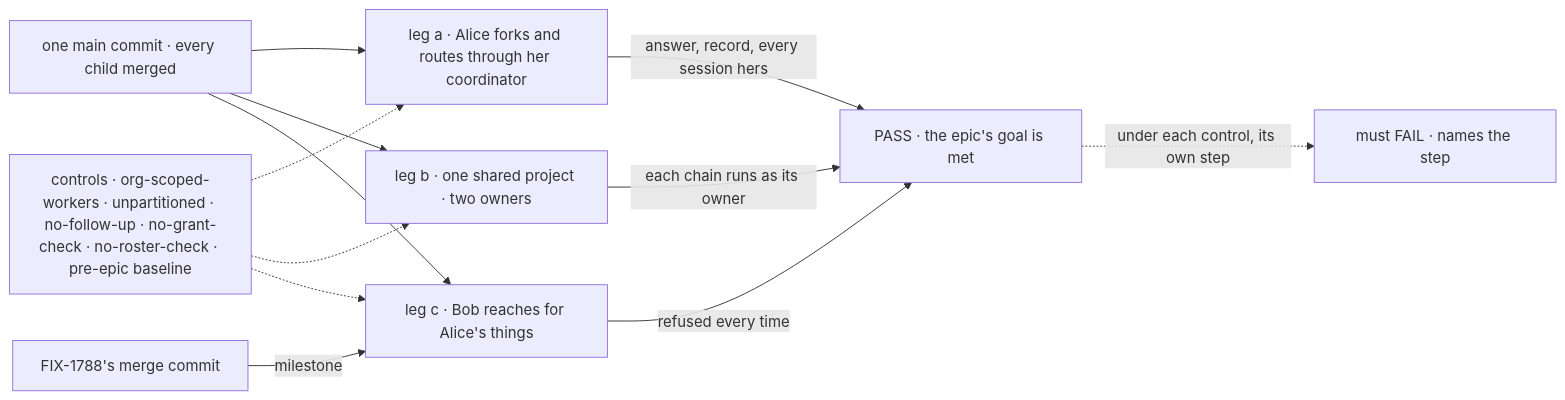
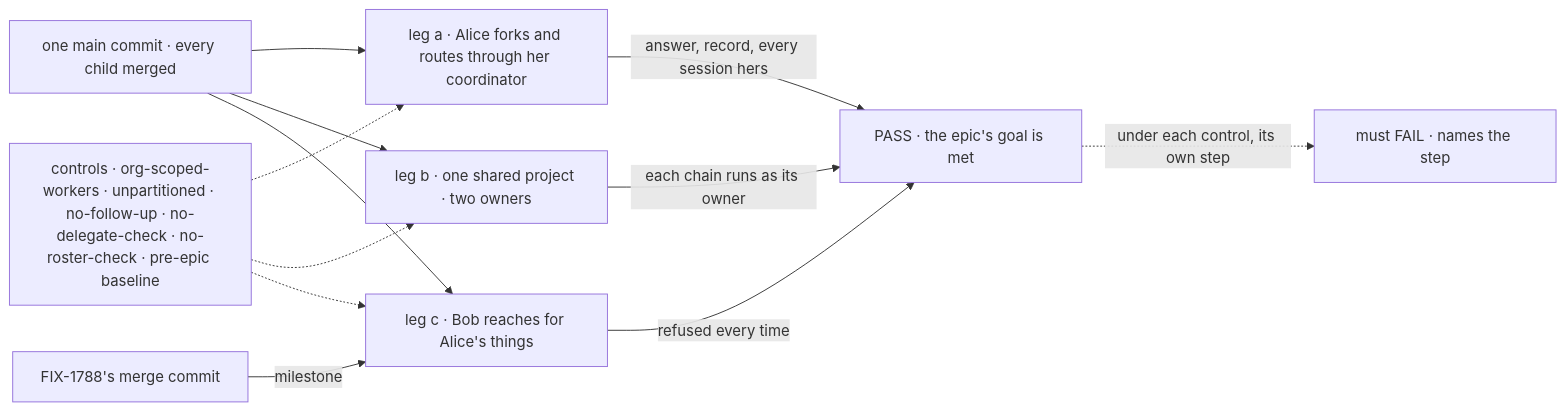
The diagram in specs/issues/FIX-1797/SPEC.md (fixpoint-labs/flow-state-dev), drawn with Mermaid before and after one commit. The commit also changed other lines of this file and 4 other files, not shown here.

````diff
--- a/specs/issues/FIX-1797/SPEC.md
+++ b/specs/issues/FIX-1797/SPEC.md
@@ -33,14 +33,14 @@
 ```mermaid
 flowchart LR
   M["one main commit · every child merged"] --> A["leg a · Alice forks and routes through her coordinator"]
   M --> B["leg b · one shared project · two owners"]
   M --> C["leg c · Bob reaches for Alice's things"]
   E["FIX-1788's merge commit"] -->|"milestone"| C
   A -->|"answer, record, every session hers"| P["PASS · the epic's goal is met"]
   B -->|"each chain runs as its owner"| P
   C -->|"refused every time"| P
-  X["controls · org-scoped-workers · unpartitioned · no-follow-up · no-grant-check · no-roster-check · pre-epic baseline"] -.-> A
+  X["controls · org-scoped-workers · unpartitioned · no-follow-up · no-delegate-check · no-roster-check · pre-epic baseline"] -.-> A
   X -.-> B
   X -.-> C
   P -.->|"under each control, its own step"| F["must FAIL · names the step"]
 ```
````
